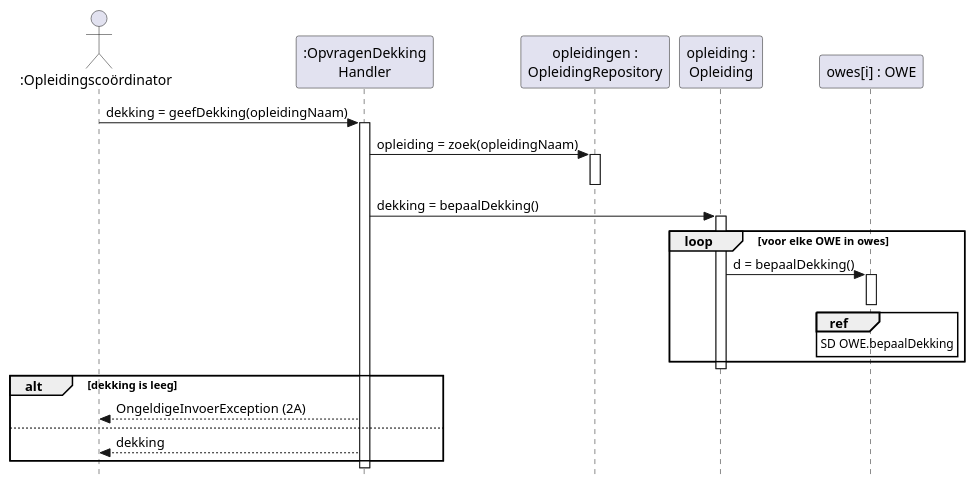
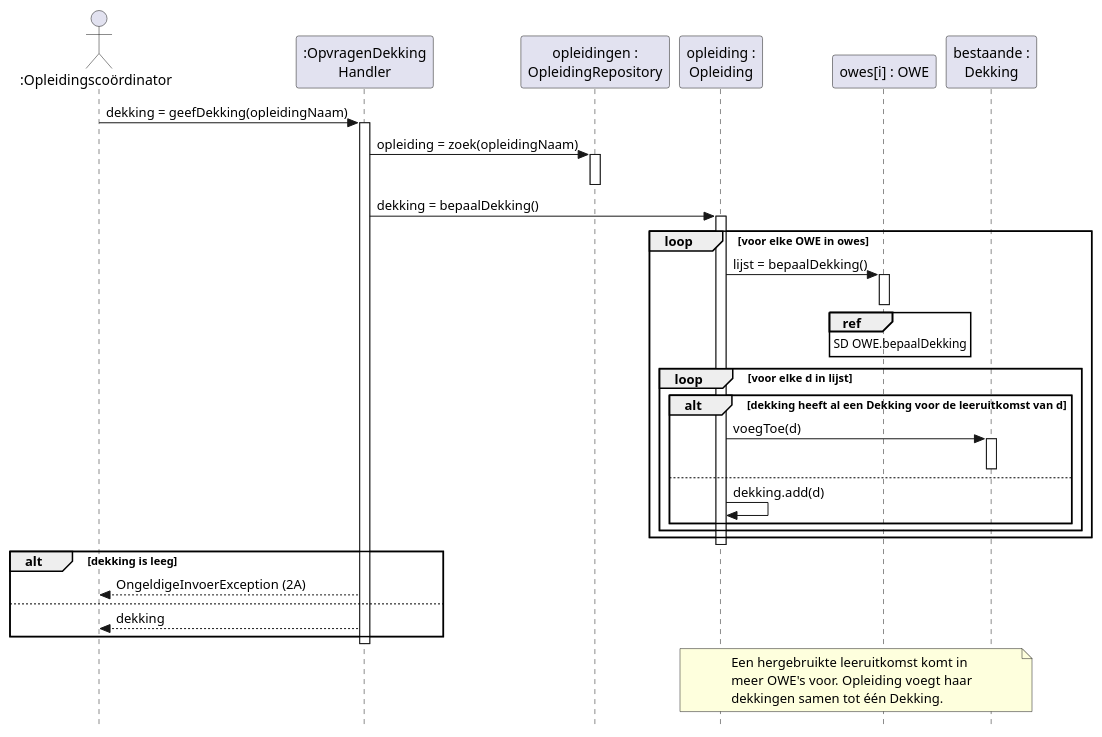
Before and after one commit to HAN-Craftsmanship-KL-JJG/casus: the diagram in docs/diagrams/sd-uc08-geefdekking.puml, drawn with PlantUML. The commit also changed 5 other files, not shown here.

```diff
--- a/docs/diagrams/sd-uc08-geefdekking.puml
+++ b/docs/diagrams/sd-uc08-geefdekking.puml
@@ -1,35 +1,50 @@
 @startuml sd-uc08-geefdekking
 ' Sequence diagram van systeemoperatie geefDekking (UC08, stap 1 tot en met 4).
 ' Toelichting: docs/sequencediagrammen.md
 skinparam style strictuml
 skinparam shadowing false
 skinparam defaultFontName Helvetica
 hide footbox
 
 actor ":Opleidingscoördinator" as coordinator
 participant ":OpvragenDekking\nHandler" as handler
 participant "opleidingen :\nOpleidingRepository" as opleidingen
 participant "opleiding :\nOpleiding" as opleiding
 participant "owes[i] : OWE" as owe
+participant "bestaande :\nDekking" as bestaande
 
 coordinator -> handler : dekking = geefDekking(opleidingNaam)
 activate handler
 handler -> opleidingen : opleiding = zoek(opleidingNaam)
 activate opleidingen
 deactivate opleidingen
 handler -> opleiding : dekking = bepaalDekking()
 activate opleiding
 loop voor elke OWE in owes
-  opleiding -> owe : d = bepaalDekking()
+  opleiding -> owe : lijst = bepaalDekking()
   activate owe
   ref over owe : SD OWE.bepaalDekking
   deactivate owe
+  loop voor elke d in lijst
+    alt dekking heeft al een Dekking voor de leeruitkomst van d
+      opleiding -> bestaande : voegToe(d)
+      activate bestaande
+      deactivate bestaande
+    else
+      opleiding -> opleiding : dekking.add(d)
+    end
+  end
 end
 deactivate opleiding
 alt dekking is leeg
   handler --> coordinator : OngeldigeInvoerException (2A)
 else
   handler --> coordinator : dekking
 end
 deactivate handler
+note over opleiding, bestaande
+  Een hergebruikte leeruitkomst komt in
+  meer OWE's voor. Opleiding voegt haar
+  dekkingen samen tot één Dekking.
+end note
 @enduml
```
